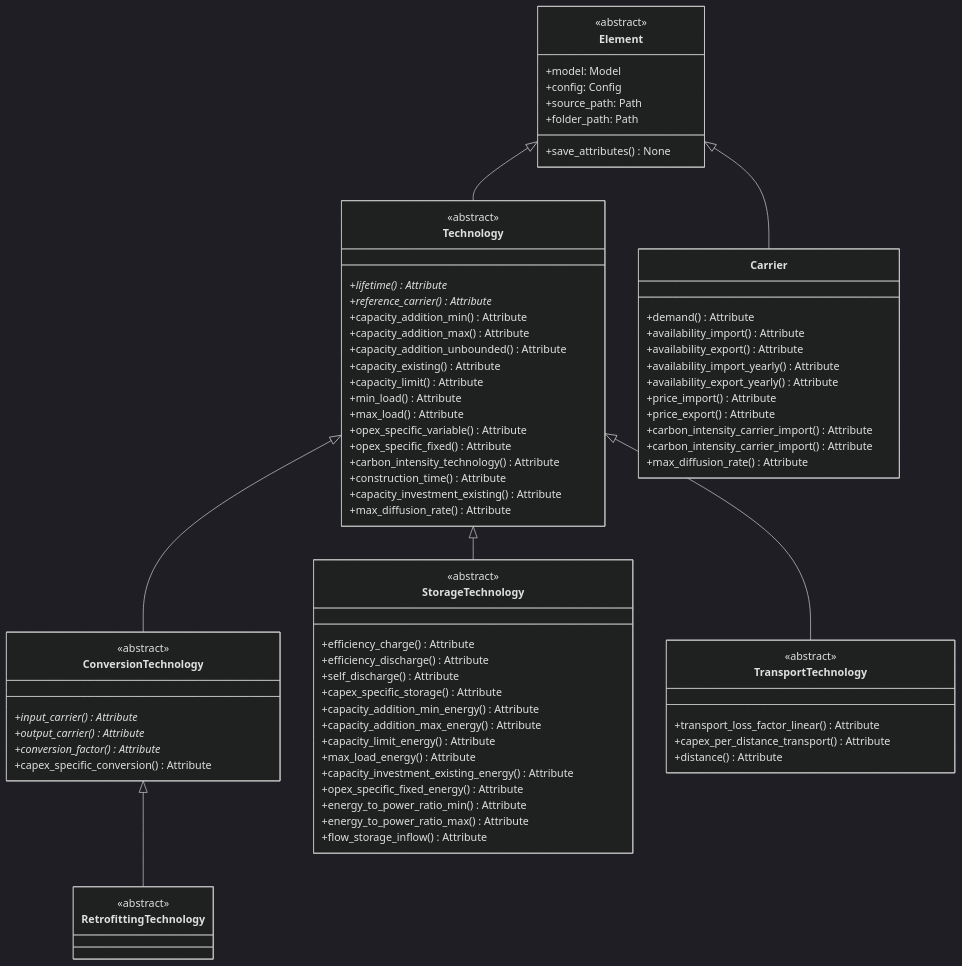
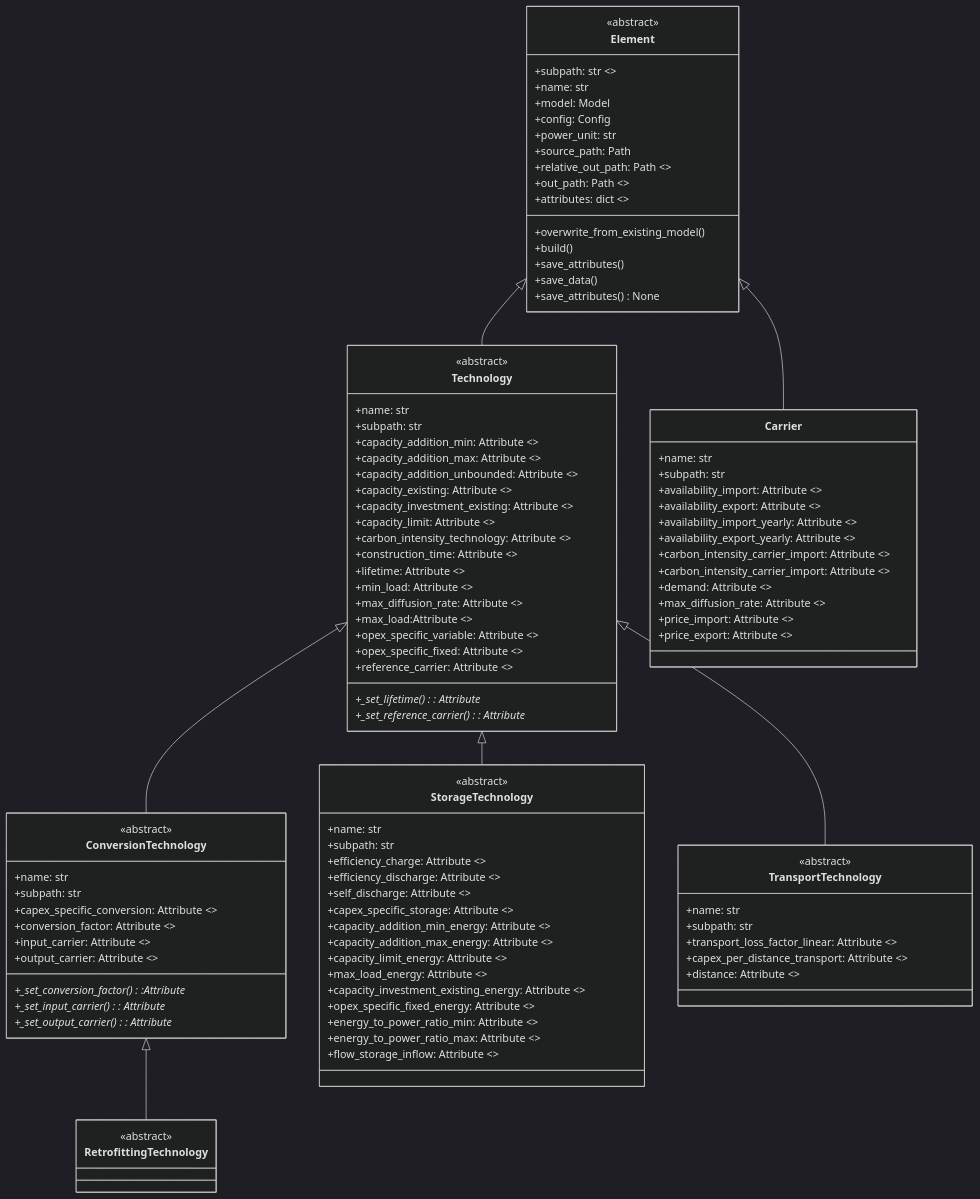
Before and after one commit to ZEN-universe/ZEN-creator: the second of 3 diagrams in docs/files/developer_guide/class_diagram.rst, drawn with Mermaid (dark theme). The commit also changed other lines of this file, not shown here.

Commit message:
Update class diagrams (#6)
Updates the class diagrams to match the latest structure.

```diff
--- a/docs/files/developer_guide/class_diagram.rst
+++ b/docs/files/developer_guide/class_diagram.rst
@@ -93,68 +99,94 @@
 
    classDiagram
        class Element {
+           +subpath: str <<class variable>>
+           +name: str
            +model: Model
            +config: Config 
+           +power_unit: str
            +source_path: Path
-           +folder_path: Path
+           +relative_out_path: Path <<property>>
+           +out_path: Path <<property>>
+           +attributes: dict <<property>>
+           +overwrite_from_existing_model()
+           +build()
+           +save_attributes()
+           +save_data()
+
+
            +save_attributes() None
        }
        class Technology {
-           +lifetime() Attribute*
-           +reference_carrier() Attribute*
-           +capacity_addition_min() Attribute
-           +capacity_addition_max() Attribute
-           +capacity_addition_unbounded() Attribute
-           +capacity_existing() Attribute
-           +capacity_limit() Attribute 
-           +min_load() Attribute
-           +max_load() Attribute
-           +opex_specific_variable() Attribute
-           +opex_specific_fixed() Attribute
-           +carbon_intensity_technology() Attribute
-           +construction_time() Attribute
-           +capacity_investment_existing() Attribute
-           +max_diffusion_rate() Attribute
+           +name: str
+           +subpath: str
+           +capacity_addition_min: Attribute <<property>>
+           +capacity_addition_max: Attribute <<property>>
+           +capacity_addition_unbounded: Attribute <<property>>
+           +capacity_existing: Attribute <<property>>
+           +capacity_investment_existing: Attribute <<property>>
+           +capacity_limit: Attribute <<property>> 
+           +carbon_intensity_technology: Attribute <<property>>
+           +construction_time: Attribute <<property>>
+           +lifetime: Attribute <<property>>
+           +min_load: Attribute <<property>>
+           +max_diffusion_rate: Attribute <<property>>
+           +max_load:Attribute <<property>>
+           +opex_specific_variable: Attribute <<property>>
+           +opex_specific_fixed: Attribute <<property>>
+           +reference_carrier: Attribute <<property>>
+           +_set_lifetime(): Attribute*
+           +_set_reference_carrier(): Attribute*
        }
        class Carrier {
-           +demand() Attribute
-           +availability_import() Attribute
-           +availability_export() Attribute
-           +availability_import_yearly() Attribute
-           +availability_export_yearly() Attribute
-           +price_import() Attribute
-           +price_export() Attribute
-           +carbon_intensity_carrier_import() Attribute
-           +carbon_intensity_carrier_import() Attribute
-           +max_diffusion_rate() Attribute
+           +name: str
+           +subpath: str
+           +availability_import: Attribute <<property>>
+           +availability_export: Attribute <<property>>
+           +availability_import_yearly: Attribute <<property>>
+           +availability_export_yearly: Attribute <<property>>
+           +carbon_intensity_carrier_import: Attribute <<property>>
+           +carbon_intensity_carrier_import: Attribute <<property>>
+           +demand: Attribute <<property>>
+           +max_diffusion_rate: Attribute <<property>>
+           +price_import: Attribute <<property>>
+           +price_export: Attribute <<property>>
        }
        class ConversionTechnology {
-           +input_carrier() Attribute*
-           +output_carrier() Attribute*
-           +conversion_factor() Attribute*
-           +capex_specific_conversion() Attribute
+           +name: str
+           +subpath: str
+           +capex_specific_conversion: Attribute <<property>>
+           +conversion_factor: Attribute <<property>>
+           +input_carrier: Attribute <<property>>
+           +output_carrier: Attribute <<property>>
+           +_set_conversion_factor()*:Attribute
+           +_set_input_carrier()*: Attribute
+           +_set_output_carrier()*: Attribute
        }
        class StorageTechnology {
-           +efficiency_charge() Attribute
-           +efficiency_discharge() Attribute
-           +self_discharge() Attribute
-           +capex_specific_storage() Attribute
-           +capacity_addition_min_energy() Attribute
-           +capacity_addition_max_energy() Attribute
-           +capacity_limit_energy() Attribute
-           +max_load_energy() Attribute
-           +capacity_investment_existing_energy() Attribute
-           +opex_specific_fixed_energy() Attribute
-           +energy_to_power_ratio_min() Attribute
-           +energy_to_power_ratio_max() Attribute
-           +flow_storage_inflow() Attribute
+           +name: str
+           +subpath: str
+           +efficiency_charge: Attribute <<property>>
+           +efficiency_discharge: Attribute <<property>>
+           +self_discharge: Attribute <<property>>
+           +capex_specific_storage: Attribute <<property>>
+           +capacity_addition_min_energy: Attribute <<property>>
+           +capacity_addition_max_energy: Attribute <<property>>
+           +capacity_limit_energy: Attribute <<property>>
+           +max_load_energy: Attribute <<property>>
+           +capacity_investment_existing_energy: Attribute <<property>>
+           +opex_specific_fixed_energy: Attribute <<property>>
+           +energy_to_power_ratio_min: Attribute <<property>>
+           +energy_to_power_ratio_max: Attribute <<property>>
+           +flow_storage_inflow: Attribute <<property>>
        }
        class RetrofittingTechnology {
        }
        class TransportTechnology {
-           +transport_loss_factor_linear() Attribute
-           +capex_per_distance_transport() Attribute
-           +distance() Attribute
+           +name: str
+           +subpath: str
+           +transport_loss_factor_linear: Attribute <<property>>
+           +capex_per_distance_transport: Attribute <<property>>
+           +distance: Attribute <<property>>
        }
 
        <<abstract>> Technology
```
